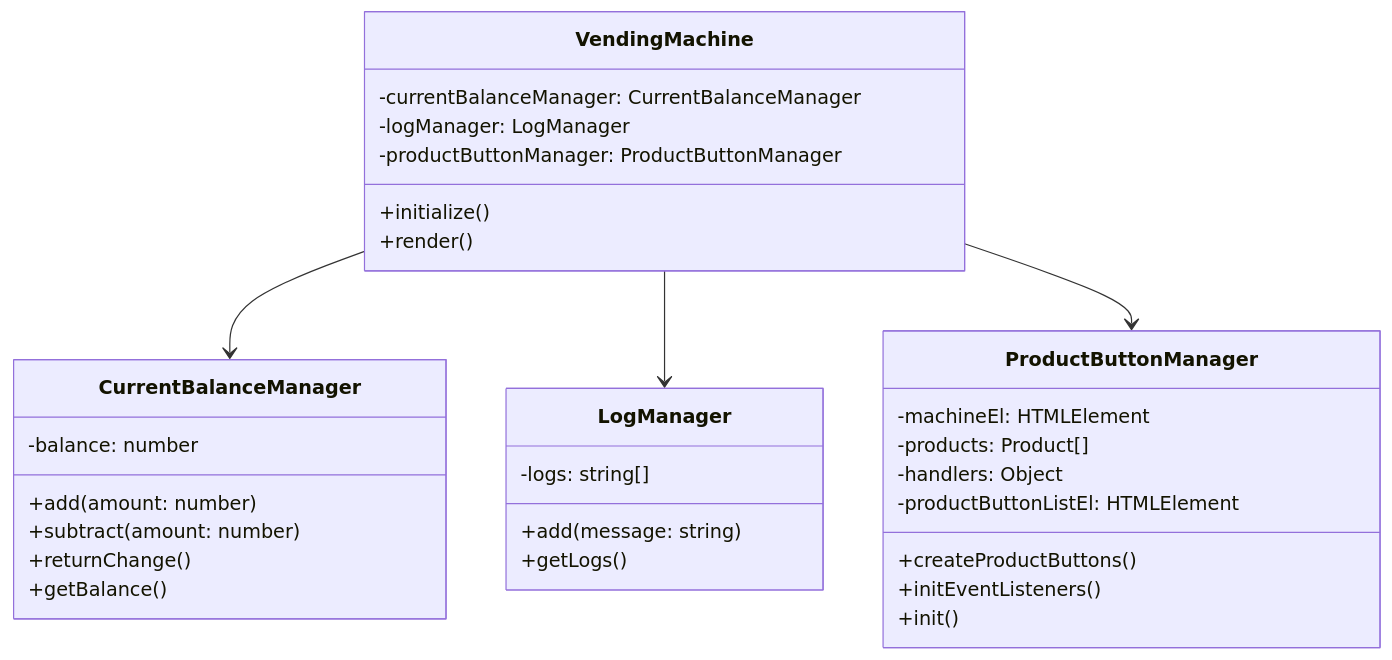
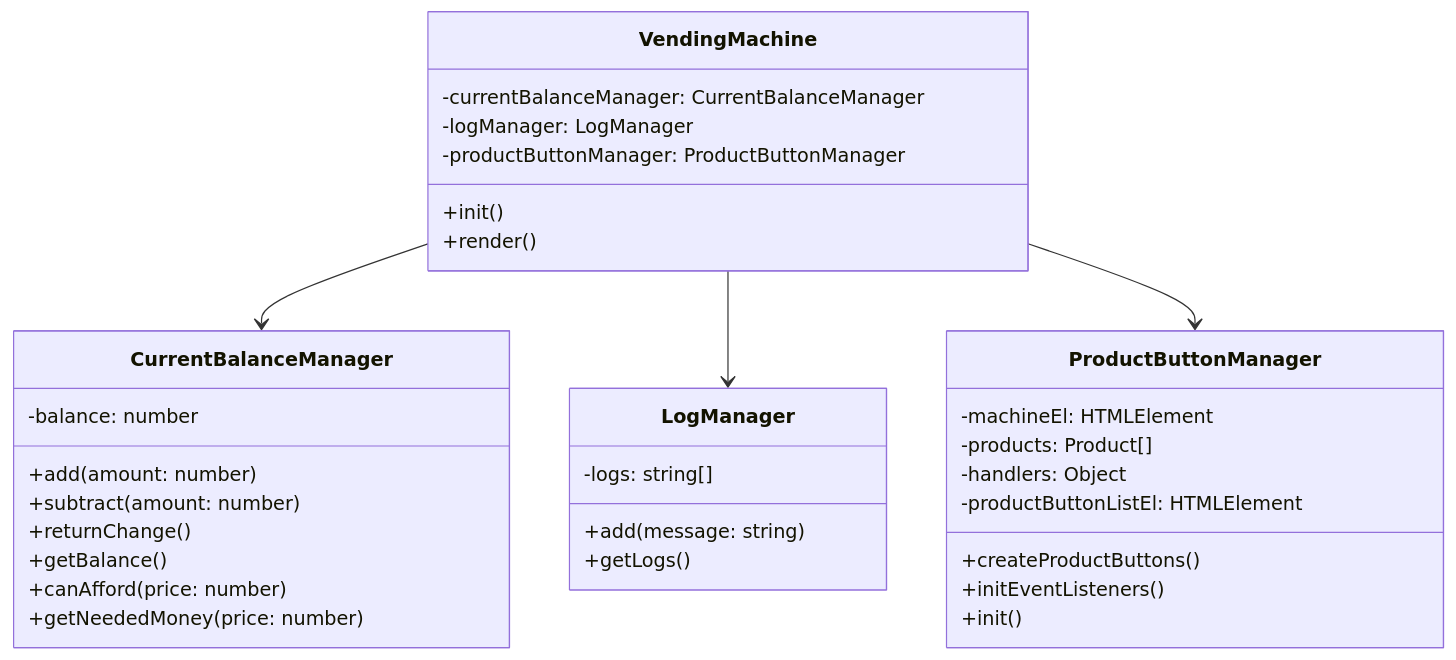
The first of 2 diagrams in README.md (FC-InnerCircle-ICD2/fe-onboarding-project), drawn with Mermaid before and after one commit.

Commit message:
docs: README 업데이트
- 클래스 다이어그램 수정

````diff
--- a/README.md
+++ b/README.md
@@ -79,38 +79,40 @@
 ```mermaid
 classDiagram
     VendingMachine --> CurrentBalanceManager
     VendingMachine --> LogManager
     VendingMachine --> ProductButtonManager
 
     class VendingMachine {
         -currentBalanceManager: CurrentBalanceManager
         -logManager: LogManager
         -productButtonManager: ProductButtonManager
-        +initialize()
+        +init()
         +render()
     }
 
     class CurrentBalanceManager {
         -balance: number
         +add(amount: number)
         +subtract(amount: number)
         +returnChange()
         +getBalance()
+        +canAfford(price: number)
+        +getNeededMoney(price: number)
     }
 
     class LogManager {
         -logs: string[]
         +add(message: string)
         +getLogs()
     }
 
     class ProductButtonManager {
         -machineEl: HTMLElement
         -products: Product[]
         -handlers: Object
         -productButtonListEl: HTMLElement
         +createProductButtons()
         +initEventListeners()
         +init()
     }
 ```
````
